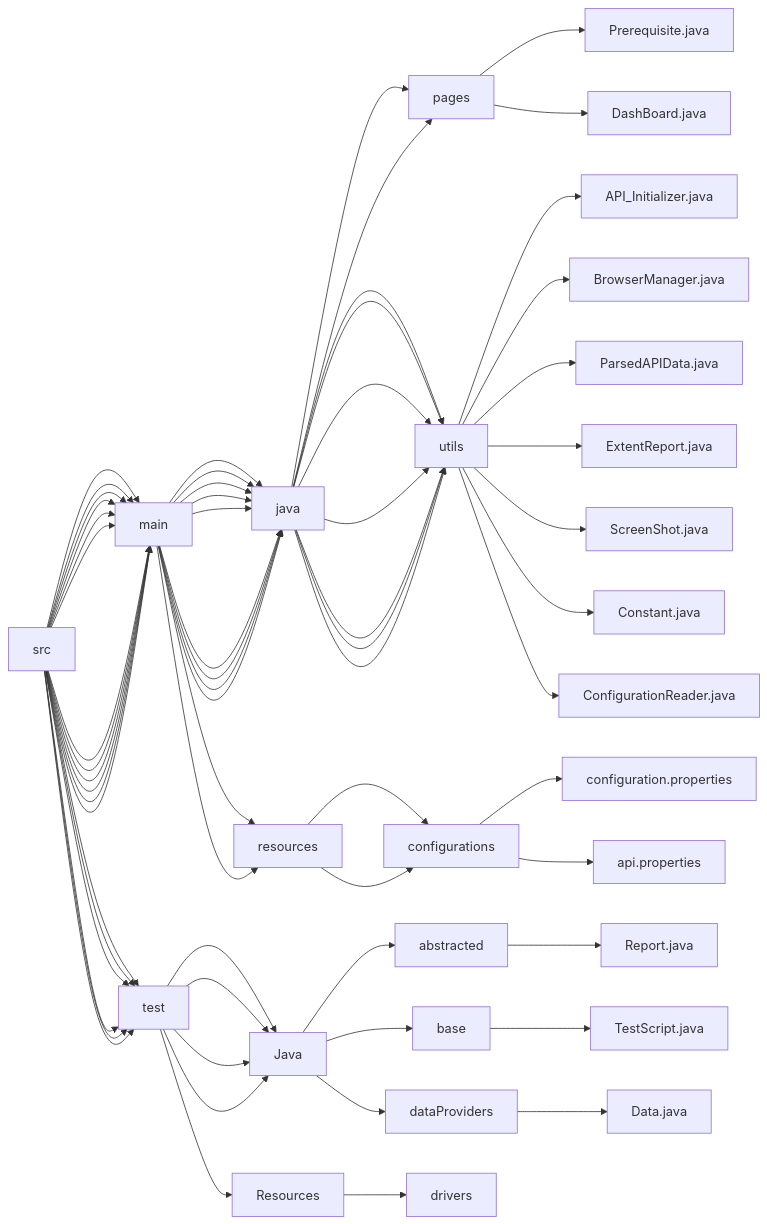
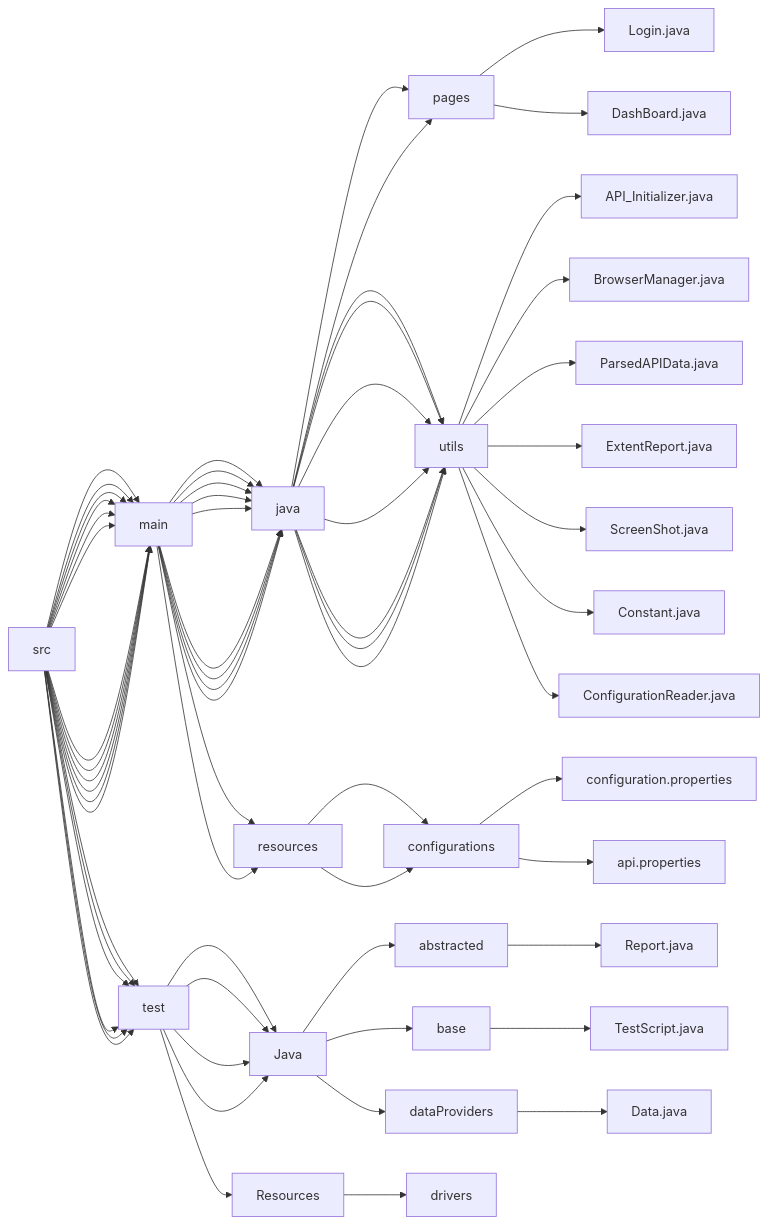
The diagram in README.md (shark-2000/NCA_Fwk), drawn with Mermaid before and after one commit. The commit also changed 2 other files, not shown here.

Commit message:
refactored Prerequisite.java

````diff
--- a/README.md
+++ b/README.md
@@ -11,30 +11,30 @@
 ```mermaid
 flowchart LR;
 src-->main;
 src-->test;
-src-->main-->java-->pages-->Prerequisite.java;
+src-->main-->java-->pages-->Login.java;
 src-->main-->java-->pages-->DashBoard.java;
 
 
 
 src-->main-->java-->utils-->API_Initializer.java;
 src-->main-->java-->utils-->BrowserManager.java;
 src-->main-->java-->utils-->ParsedAPIData.java;
 src-->main-->java-->utils-->ExtentReport.java;
 src-->main-->java-->utils-->ScreenShot.java;
 src-->main-->java-->utils-->Constant.java;
 src-->main-->java-->utils-->ConfigurationReader.java;
 
 src-->main-->resources-->configurations-->configuration.properties;
 src-->main-->resources-->configurations-->api.properties;
 
 
 src-->test-->Java;
 src-->test-->Java-->abstracted-->Report.java;
 src-->test-->Java-->base-->TestScript.java;
 src-->test-->Java-->dataProviders-->Data.java;
 
 
 
 src-->test-->Resources-->drivers;
 ```
````
